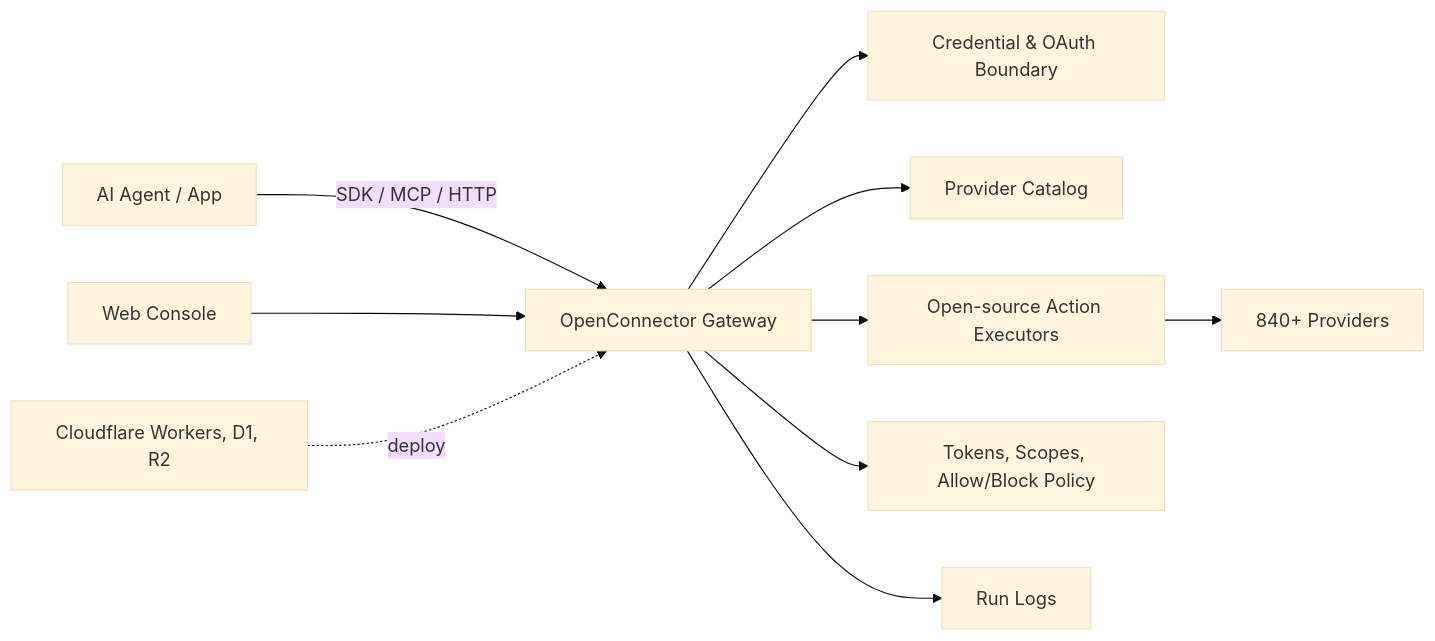
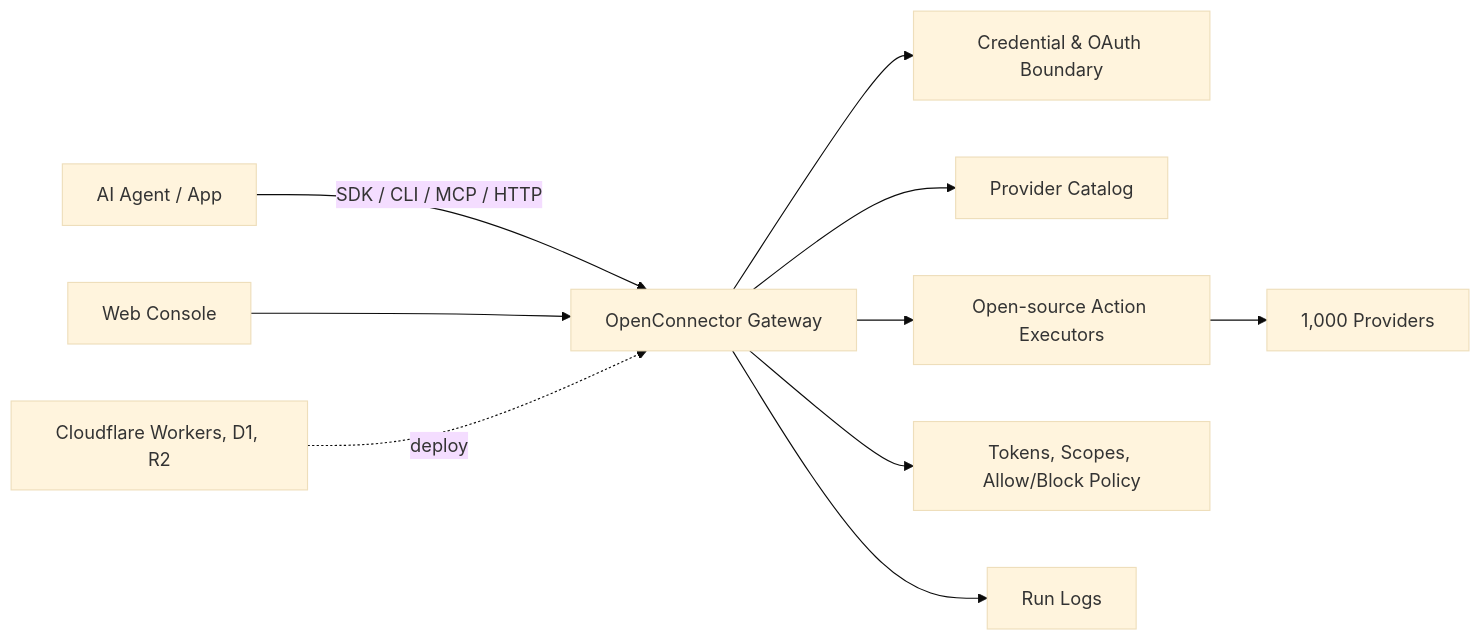
One commit to rkendel1/opencreds changed the diagram in README.md. Above: the diagram before and after it, drawn with Mermaid (base theme). The commit also changed other lines of this file and 7 other files, not shown here.

````diff
--- a/README.md
+++ b/README.md
@@ -94,12 +97,12 @@
 ```mermaid
 flowchart LR
-  Agent["AI Agent / App"] -->|"SDK / MCP / HTTP"| Gateway["OpenConnector Gateway"]
+  Agent["AI Agent / App"] -->|"SDK / CLI / MCP / HTTP"| Gateway["OpenConnector Gateway"]
   Gateway --> Auth["Credential & OAuth Boundary"]
   Gateway --> Catalog["Provider Catalog"]
   Gateway --> Actions["Open-source Action Executors"]
   Gateway --> Policy["Tokens, Scopes, Allow/Block Policy"]
   Gateway --> Logs["Run Logs"]
-  Actions --> Providers["840+ Providers"]
+  Actions --> Providers["1,000 Providers"]
   Console["Web Console"] --> Gateway
   Cloudflare["Cloudflare Workers, D1, R2"] -. deploy .-> Gateway
 ```
````
